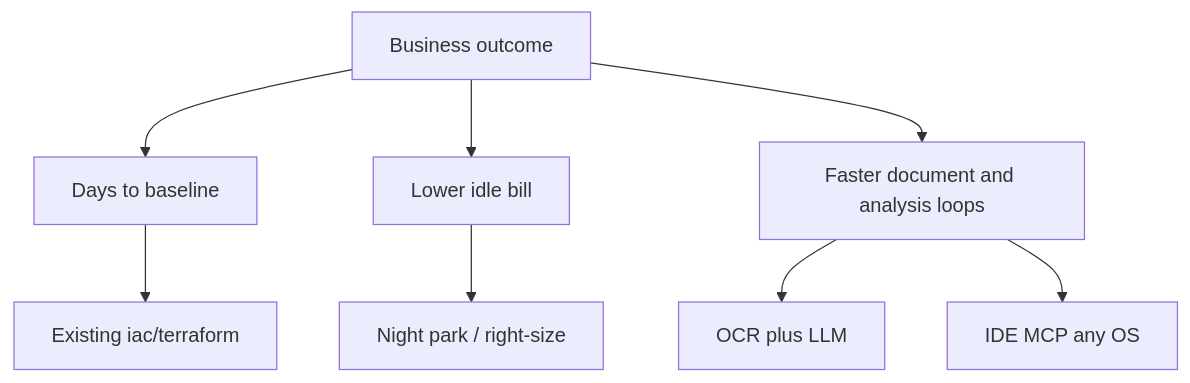
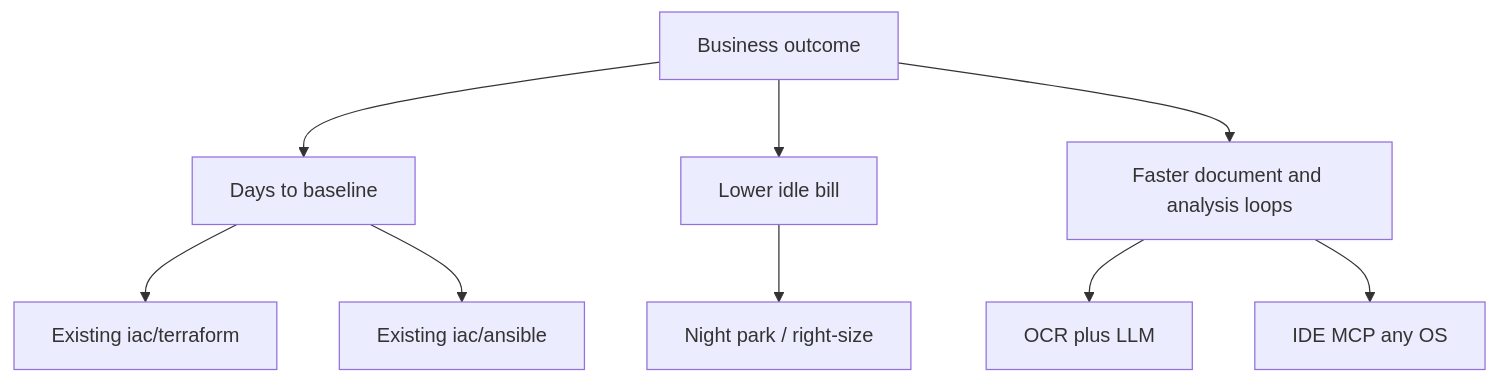
Before and after one commit to NarberallGamma/narberall-platform-engineer-lab: the diagram in architecture/README.md, drawn with Mermaid. The commit also changed other lines of this file and 808 other files, not shown here.

````diff
--- a/architecture/README.md
+++ b/architecture/README.md
@@ -17,10 +17,11 @@
 ```mermaid
 flowchart TB
   Biz[Business outcome] --> Days[Days to baseline]
   Biz --> Bill[Lower idle bill]
   Biz --> AI[Faster document and analysis loops]
   Days --> TF[Existing iac/terraform]
+  Days --> ANS[Existing iac/ansible]
   Bill --> Park[Night park / right-size]
   AI --> OCR[OCR plus LLM]
   AI --> Desk[IDE MCP any OS]
 ```
````
